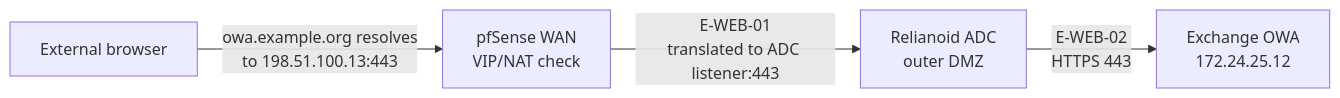
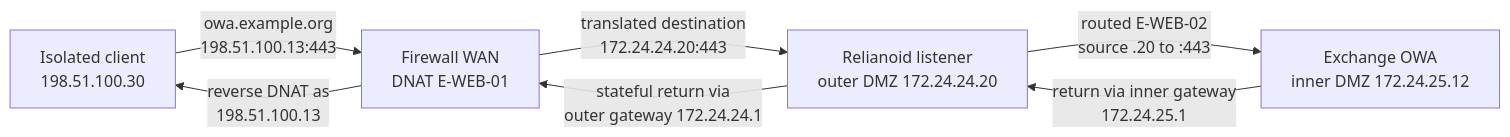
Before and after one commit to RJMoral160/cybersecurity-portfolio: the diagram in projects/enterprise-email-dns-security/diagrams/owa-publishing.md, drawn with Mermaid. The commit also changed 62 other files, not shown here.

````diff
--- a/projects/enterprise-email-dns-security/diagrams/owa-publishing.md
+++ b/projects/enterprise-email-dns-security/diagrams/owa-publishing.md
@@ -5,6 +5,9 @@
 ```mermaid
 flowchart LR
-  Browser["External browser"] -->|"owa.example.org resolves<br/>to 198.51.100.13:443"| WAN["pfSense WAN<br/>VIP/NAT check"]
-  WAN -->|"E-WEB-01<br/>translated to ADC listener:443"| ADC["Relianoid ADC<br/>outer DMZ"]
-  ADC -->|"E-WEB-02<br/>HTTPS 443"| EX["Exchange OWA<br/>172.24.25.12"]
+  Browser["Isolated client<br/>198.51.100.30"] -->|"owa.example.org<br/>198.51.100.13:443"| WAN["Firewall WAN<br/>DNAT E-WEB-01"]
+  WAN -->|"translated destination<br/>172.24.24.20:443"| ADC["Relianoid listener<br/>outer DMZ 172.24.24.20"]
+  ADC -->|"routed E-WEB-02<br/>source .20 to :443"| EX["Exchange OWA<br/>inner DMZ 172.24.25.12"]
+  EX -->|"return via inner gateway<br/>172.24.25.1"| ADC
+  ADC -->|"stateful return via<br/>outer gateway 172.24.24.1"| WAN
+  WAN -->|"reverse DNAT as<br/>198.51.100.13"| Browser
 ```
````
